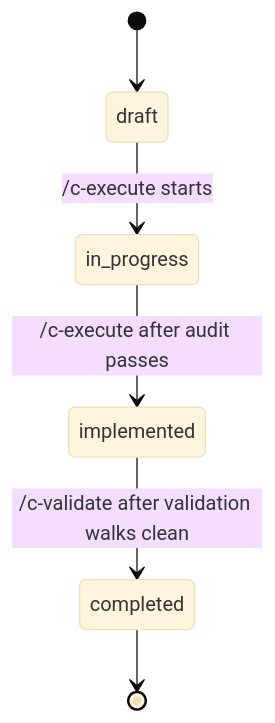
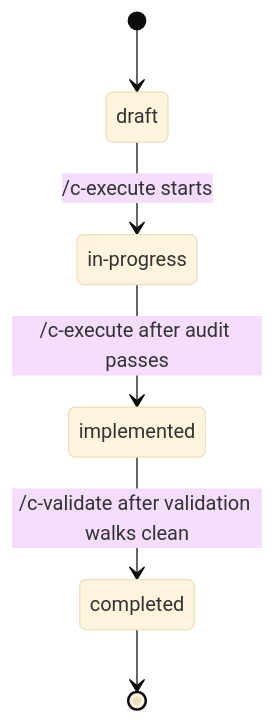
Before and after one commit to sentasity/cadence: the second of 2 diagrams in website/src/content/docs/concepts/status-lifecycle.mdx, drawn with Mermaid (base theme). The commit also changed other lines of this file and 10 other files, not shown here.

First line of the commit message:
Render mermaid diagrams on the docs site, themed in Paper & Cobalt (#8)

````diff
--- a/website/src/content/docs/concepts/status-lifecycle.mdx
+++ b/website/src/content/docs/concepts/status-lifecycle.mdx
@@ -37,8 +38,9 @@
 ```mermaid
 stateDiagram-v2
+    state "in-progress" as in_progress
     [*] --> draft
     draft --> in_progress: /c-execute starts
     in_progress --> implemented: /c-execute after audit passes
     implemented --> completed: /c-validate after validation walks clean
     completed --> [*]
 ```
````
